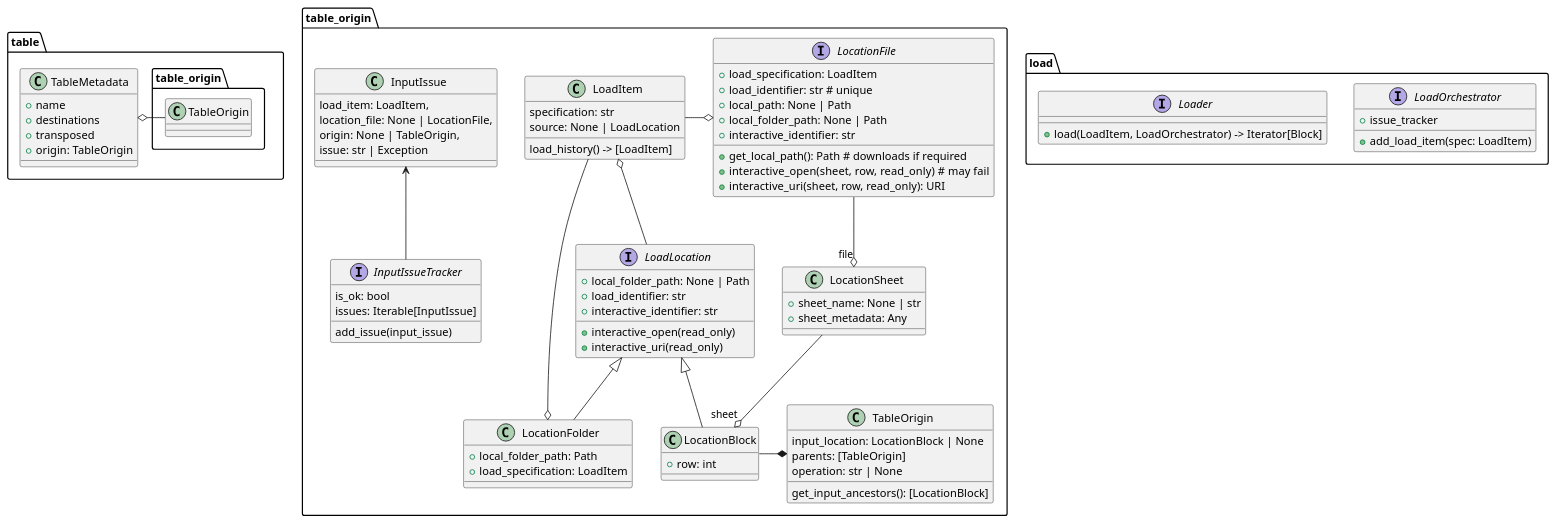
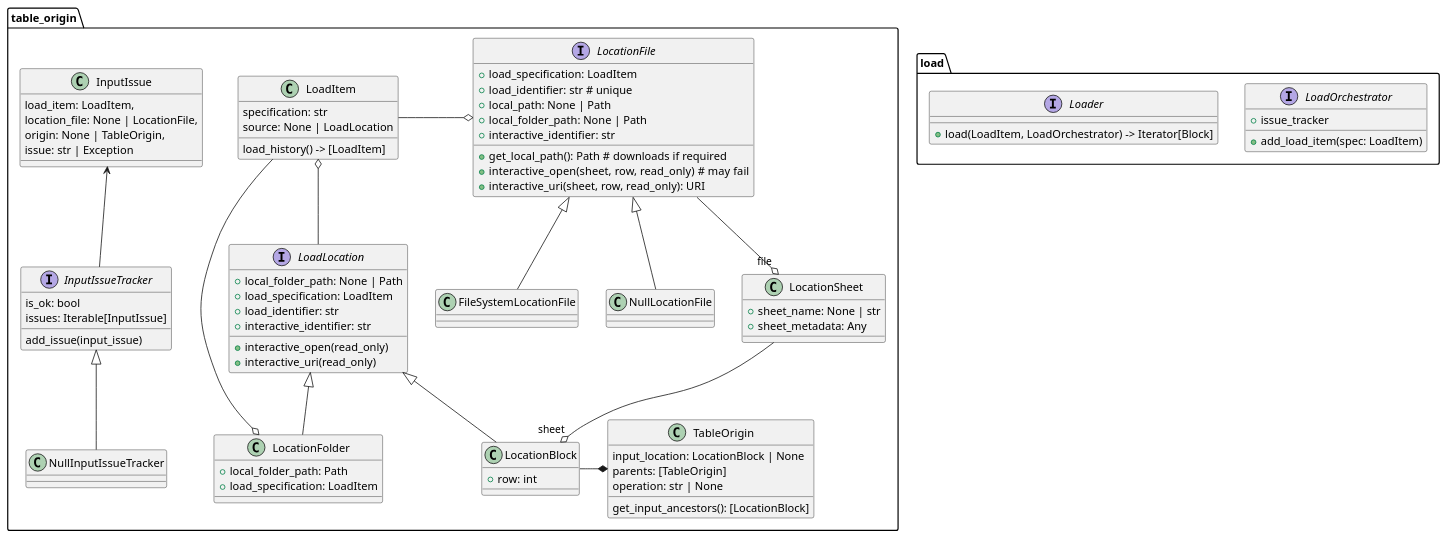
The diagram in docs/diagrams/src/table_origin.puml (startable/pdtable), drawn with PlantUML before and after one commit. The commit also changed 3 other files, not shown here.

```diff
--- a/docs/diagrams/src/table_origin.puml
+++ b/docs/diagrams/src/table_origin.puml
@@ -9,103 +9,101 @@
 @startuml Table Origin
 
 namespace load {
     interface LoadOrchestrator {
         + add_load_item(spec: LoadItem)
         + issue_tracker
     }
 
     interface Loader {
         + load(LoadItem, LoadOrchestrator) -> Iterator[Block]
     }
 }
 
-namespace table {
-    class TableMetadata {
-        + name
-        + destinations
-        + transposed
-        + origin: TableOrigin
-
-    }
-    table_origin.TableOrigin -o TableMetadata
-}
 
 namespace table_origin {
     class LoadItem  {
         specification: str
         source: None | LoadLocation
         load_history() -> [LoadItem]
     }
 
     class LocationFolder {
         + local_folder_path: Path
         + load_specification: LoadItem
     }
 
     LoadItem o-- LoadLocation
     LoadLocation <|-- LocationBlock
     LoadLocation <|-- LocationFolder
 
     LoadItem --o LocationFolder
 
     interface LoadLocation {
         + local_folder_path: None | Path
+        + load_specification: LoadItem
         + load_identifier: str
         + interactive_open(read_only)
         + interactive_uri(read_only)
         + interactive_identifier: str
     }
 
     interface LocationFile {
         + load_specification: LoadItem 
         + load_identifier: str # unique
         + local_path: None | Path
         + local_folder_path: None | Path
         + get_local_path(): Path # downloads if required
         + interactive_open(sheet, row, read_only)  # may fail
         + interactive_uri(sheet, row, read_only): URI
         + interactive_identifier: str 
     }
+
+    LocationFile <|-- FileSystemLocationFile
+    LocationFile <|-- NullLocationFile
+    
 
     LoadItem  -o LocationFile
 
     class LocationSheet {
     + sheet_name: None | str
     + sheet_metadata: Any
     }
 
     LocationFile --o "file" LocationSheet
 
     class LocationBlock {
     + row: int
     }
 
     LocationSheet --o "sheet" LocationBlock
 
 
     class TableOrigin {
         input_location: LocationBlock | None
         parents: [TableOrigin]
         operation: str | None
         get_input_ancestors(): [LocationBlock]
     }
 
     LocationBlock -* TableOrigin
 
     class InputIssue {
         load_item: LoadItem,
         location_file: None | LocationFile,
         origin: None | TableOrigin,
         issue: str | Exception
     }
 
     interface InputIssueTracker {
         add_issue(input_issue)
         is_ok: bool
         issues: Iterable[InputIssue]
     }
 
     InputIssue <-- InputIssueTracker
+
+    InputIssueTracker <|-- NullInputIssueTracker
 }
 
+
 @enduml
```
